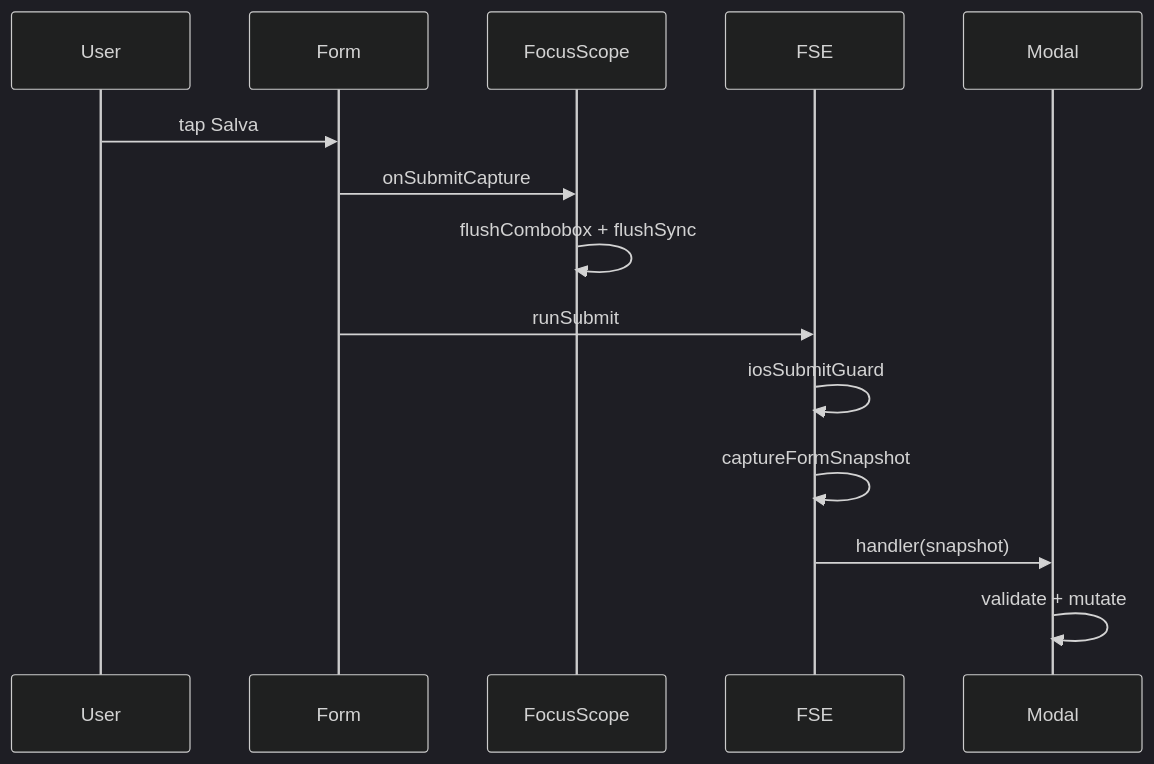
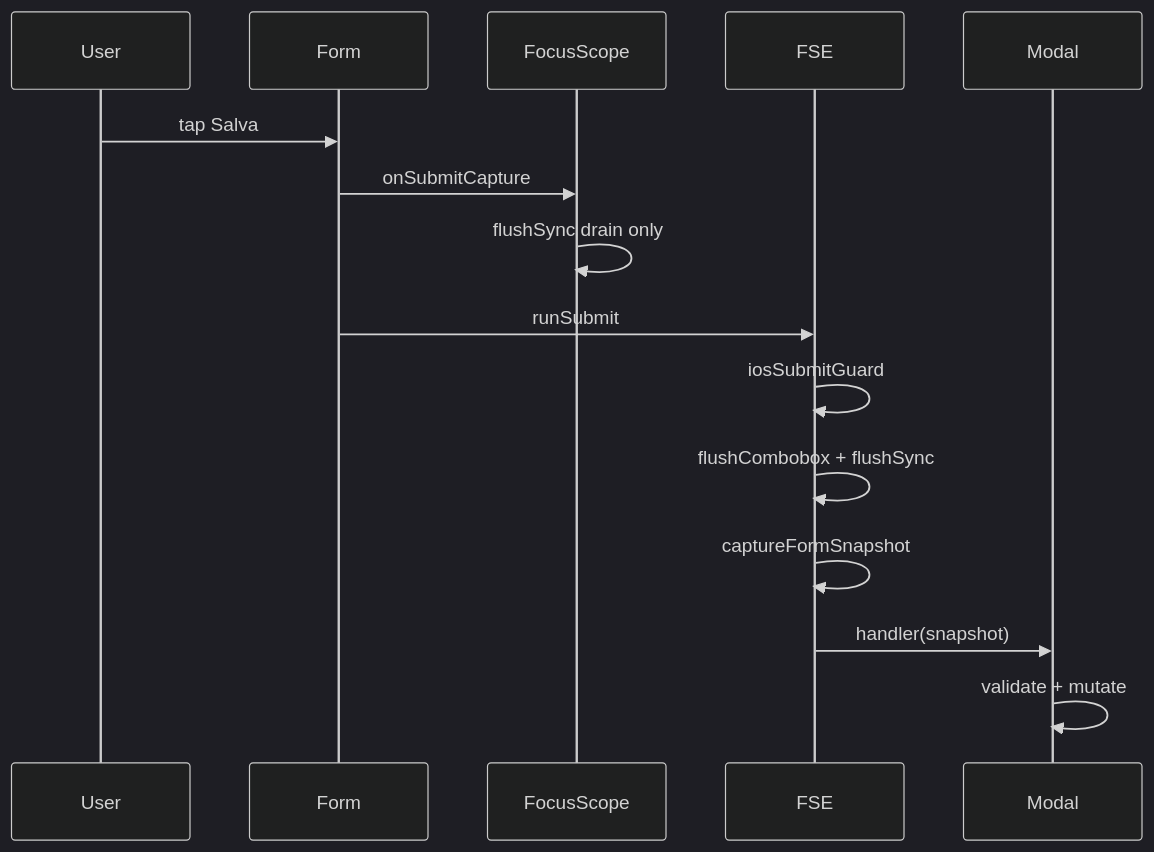
One commit to gnamoini/cab-gestionale changed the diagram in docs/form-engine-ssot.md. Above: the diagram before and after it, drawn with Mermaid (dark theme). The commit also changed other lines of this file and 10 other files, not shown here.

````diff
--- a/docs/form-engine-ssot.md
+++ b/docs/form-engine-ssot.md
@@ -22,17 +22,18 @@
 ```mermaid
 sequenceDiagram
   participant User
   participant Form
   participant FocusScope
   participant FSE
   participant Modal
 
   User->>Form: tap Salva
   Form->>FocusScope: onSubmitCapture
-  FocusScope->>FocusScope: flushCombobox + flushSync
+  FocusScope->>FocusScope: flushSync drain only
   Form->>FSE: runSubmit
   FSE->>FSE: iosSubmitGuard
+  FSE->>FSE: flushCombobox + flushSync
   FSE->>FSE: captureFormSnapshot
   FSE->>Modal: handler(snapshot)
   Modal->>Modal: validate + mutate
 ```
````
